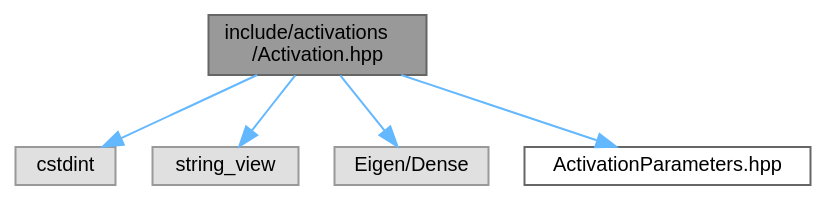
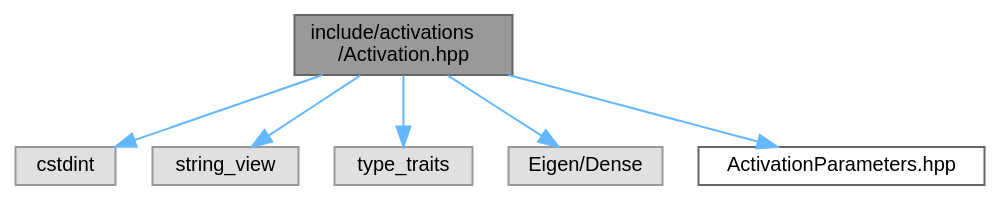
The diagram in Activation_8hpp__incl.dot (Nalin-Angrish/FlexNN), drawn with Graphviz before and after one commit. The commit also changed 153 other files, not shown here.

```diff
--- a/Activation_8hpp__incl.dot
+++ b/Activation_8hpp__incl.dot
@@ -1,16 +1,18 @@
 digraph "include/activations/Activation.hpp"
 {
  // LATEX_PDF_SIZE
   bgcolor="transparent";
   edge [fontname=Helvetica,fontsize=10,labelfontname=Helvetica,labelfontsize=10];
   node [fontname=Helvetica,fontsize=10,shape=box,height=0.2,width=0.4];
   Node1 [id="Node000001",label="include/activations\l/Activation.hpp",height=0.2,width=0.4,color="gray40", fillcolor="grey60", style="filled", fontcolor="black",tooltip="Public activation enum and helpers for FlexNN."];
   Node1 -> Node2 [id="edge1_Node000001_Node000002",color="steelblue1",style="solid",tooltip=" "];
   Node2 [id="Node000002",label="cstdint",height=0.2,width=0.4,color="grey60", fillcolor="#E0E0E0", style="filled",tooltip=" "];
   Node1 -> Node3 [id="edge2_Node000001_Node000003",color="steelblue1",style="solid",tooltip=" "];
   Node3 [id="Node000003",label="string_view",height=0.2,width=0.4,color="grey60", fillcolor="#E0E0E0", style="filled",tooltip=" "];
   Node1 -> Node4 [id="edge3_Node000001_Node000004",color="steelblue1",style="solid",tooltip=" "];
-  Node4 [id="Node000004",label="Eigen/Dense",height=0.2,width=0.4,color="grey60", fillcolor="#E0E0E0", style="filled",tooltip=" "];
+  Node4 [id="Node000004",label="type_traits",height=0.2,width=0.4,color="grey60", fillcolor="#E0E0E0", style="filled",tooltip=" "];
   Node1 -> Node5 [id="edge4_Node000001_Node000005",color="steelblue1",style="solid",tooltip=" "];
-  Node5 [id="Node000005",label="ActivationParameters.hpp",height=0.2,width=0.4,color="grey40", fillcolor="white", style="filled",URL="$ActivationParameters_8hpp.html",tooltip="Per-activation hyperparameters for FlexNN::Activations."];
+  Node5 [id="Node000005",label="Eigen/Dense",height=0.2,width=0.4,color="grey60", fillcolor="#E0E0E0", style="filled",tooltip=" "];
+  Node1 -> Node6 [id="edge5_Node000001_Node000006",color="steelblue1",style="solid",tooltip=" "];
+  Node6 [id="Node000006",label="ActivationParameters.hpp",height=0.2,width=0.4,color="grey40", fillcolor="white", style="filled",URL="$ActivationParameters_8hpp.html",tooltip="Per-activation hyperparameters for FlexNN::Activations."];
 }
```
